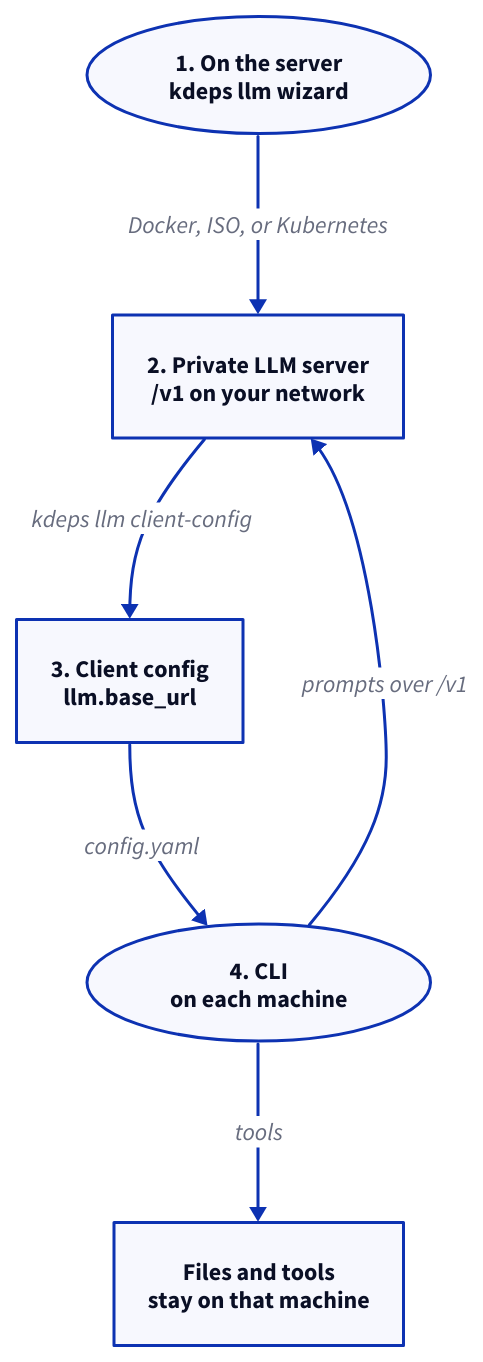
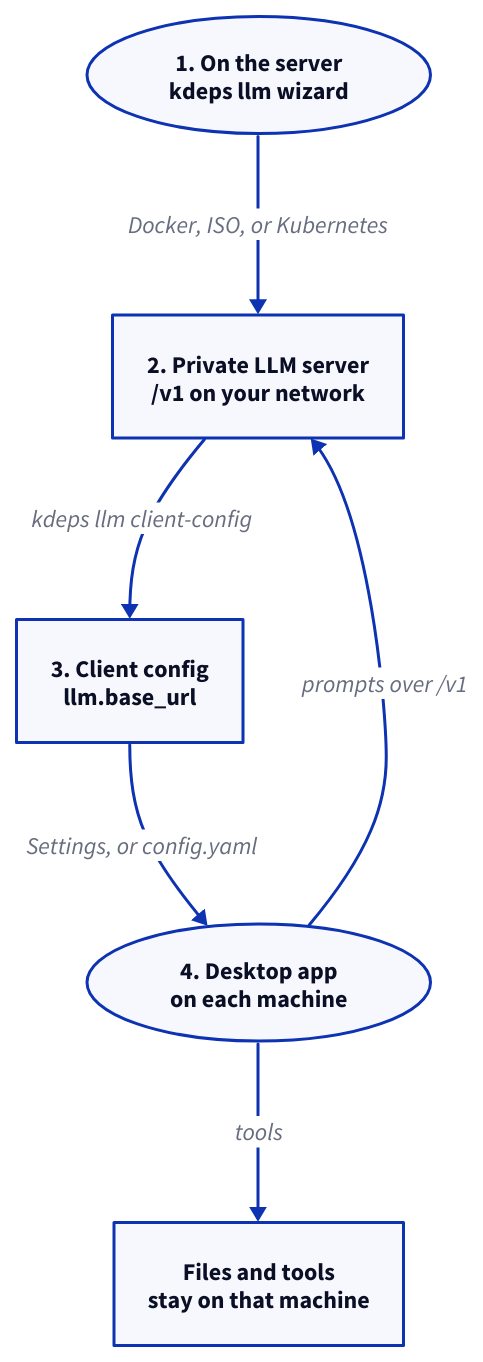
One commit to kdeps/kdeps changed the second of 2 diagrams in docs/v2/start/data-sovereignty.md. Above: the diagram before and after it, drawn with D2. The commit also changed other lines of this file and 89 other files, not shown here.

Commit message:
revert: restore the desktop app (#1658)

````diff
--- a/docs/v2/start/data-sovereignty.md
+++ b/docs/v2/start/data-sovereignty.md
@@ -59,15 +60,15 @@
 ```d2
 direction: down
 
 W: "1. On the server\nkdeps llm wizard" {shape: oval}
 L: "2. Private LLM server\n/v1 on your network"
 Y: "3. Client config\nllm.base_url"
-D: "4. CLI\non each machine" {shape: oval}
+D: "4. Desktop app\non each machine" {shape: oval}
 F: "Files and tools\nstay on that machine"
 
 W -> L: "Docker, ISO, or Kubernetes"
 L -> Y: "kdeps llm client-config"
-Y -> D: "config.yaml"
+Y -> D: "Settings, or config.yaml"
 D -> L: "prompts over /v1"
 D -> F: "tools"
 ```
````
